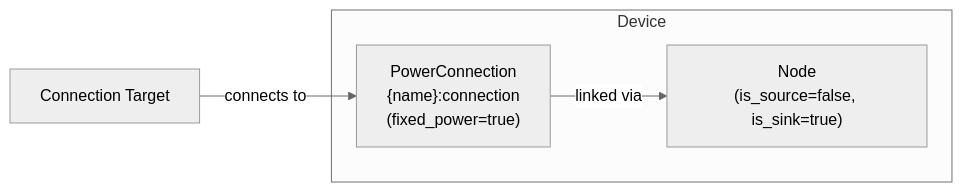
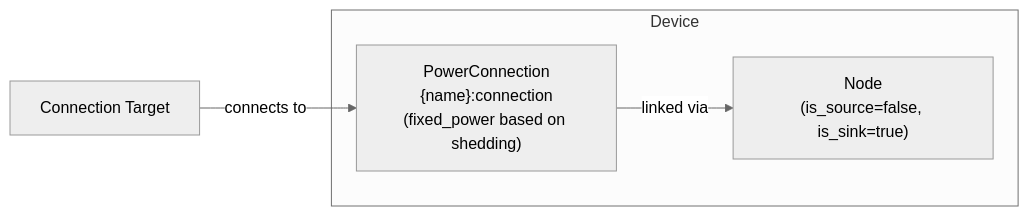
One commit to hass-energy/haeo changed the diagram in docs/modeling/device-layer/loads.md. Above: the diagram before and after it, drawn with Mermaid (neutral theme). The commit also changed other lines of this file and 3 other files, not shown here.

````diff
--- a/docs/modeling/device-layer/loads.md
+++ b/docs/modeling/device-layer/loads.md
@@ -7,13 +8,13 @@
 ```mermaid
 graph LR
     subgraph "Device"
         SS["Node<br/>(is_source=false, is_sink=true)"]
-        Conn["PowerConnection<br/>{name}:connection<br/>(fixed_power=true)"]
+        Conn["PowerConnection<br/>{name}:connection<br/>(fixed_power based on shedding)"]
     end
 
     Node[Connection Target]
 
 
     Conn -->|linked via| SS
     Node -->|connects to| Conn
 ```
````
